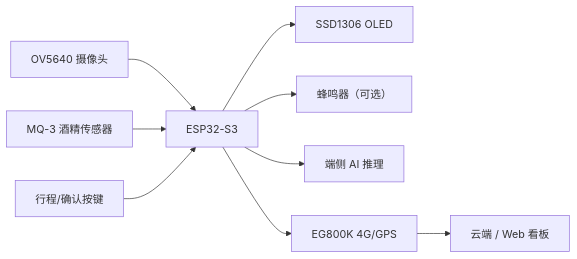
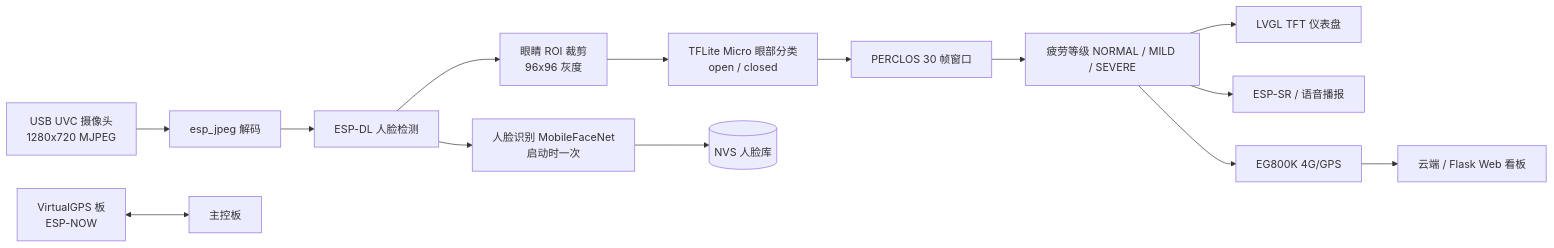
The diagram in README.md (wwwwyyykkk/-Fatigue-Detection), drawn with Mermaid before and after one commit. The commit also changed other lines of this file and 1575 other files, not shown here.

Commit message:
feat: add full ESP-IDF USB UVC firmware, components and docs

````diff
--- a/README.md
+++ b/README.md
@@ -27,11 +39,16 @@
 ```mermaid
 flowchart LR
-    CAM[OV5640 摄像头] --> ESP[ESP32-S3]
-    MQ3[MQ-3 酒精传感器] --> ESP
-    BTN[行程/确认按键] --> ESP
-    ESP --> OLED[SSD1306 OLED]
-    ESP --> BUZZ[蜂鸣器（可选）]
-    ESP --> AI[端侧 AI 推理]
-    ESP --> EG[EG800K 4G/GPS]
-    EG --> CLOUD[云端 / Web 看板]
+    CAM[USB UVC 摄像头<br/>1280x720 MJPEG] --> JPEG[esp_jpeg 解码]
+    JPEG --> FD[ESP-DL 人脸检测]
+    FD --> ROI[眼睛 ROI 裁剪<br/>96x96 灰度]
+    ROI --> CLS[TFLite Micro 眼部分类<br/>open / closed]
+    CLS --> PER[PERCLOS 30 帧窗口]
+    PER --> LVL[疲劳等级 NORMAL / MILD / SEVERE]
+    LVL --> UI[LVGL TFT 仪表盘]
+    LVL --> VOICE[ESP-SR / 语音播报]
+    LVL --> EG[EG800K 4G/GPS]
+    EG --> CLOUD[云端 / Flask Web 看板]
+    FD --> FR[人脸识别 MobileFaceNet<br/>启动时一次]
+    FR --> NVS[(NVS 人脸库)]
+    VGPS[VirtualGPS 板<br/>ESP-NOW] <--> M[主控板]
 ```
````
